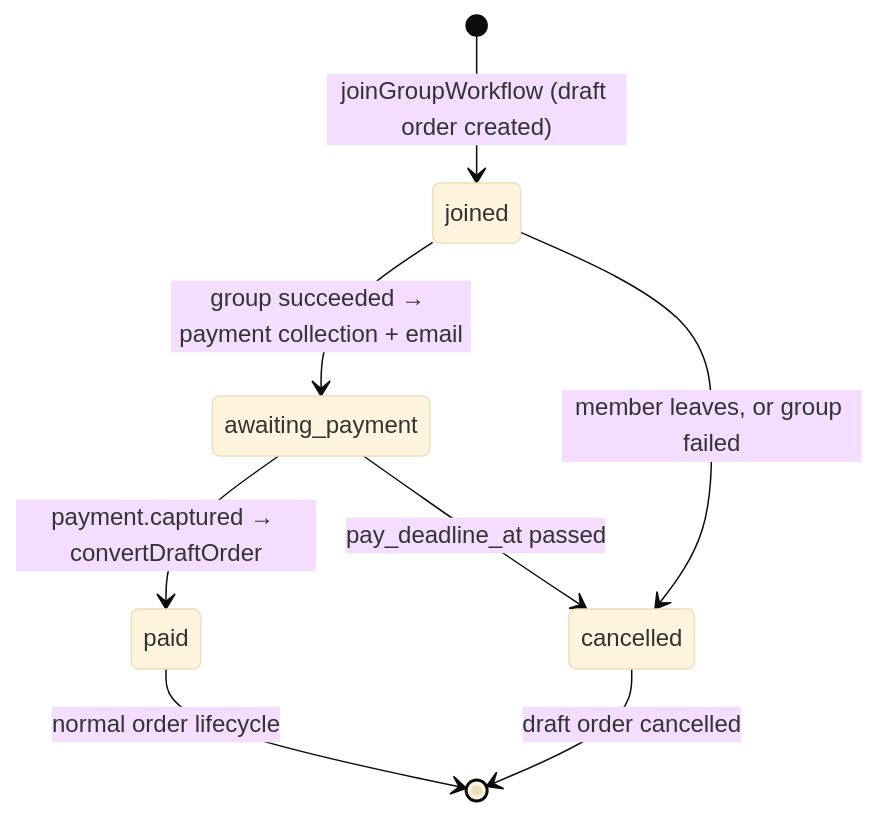
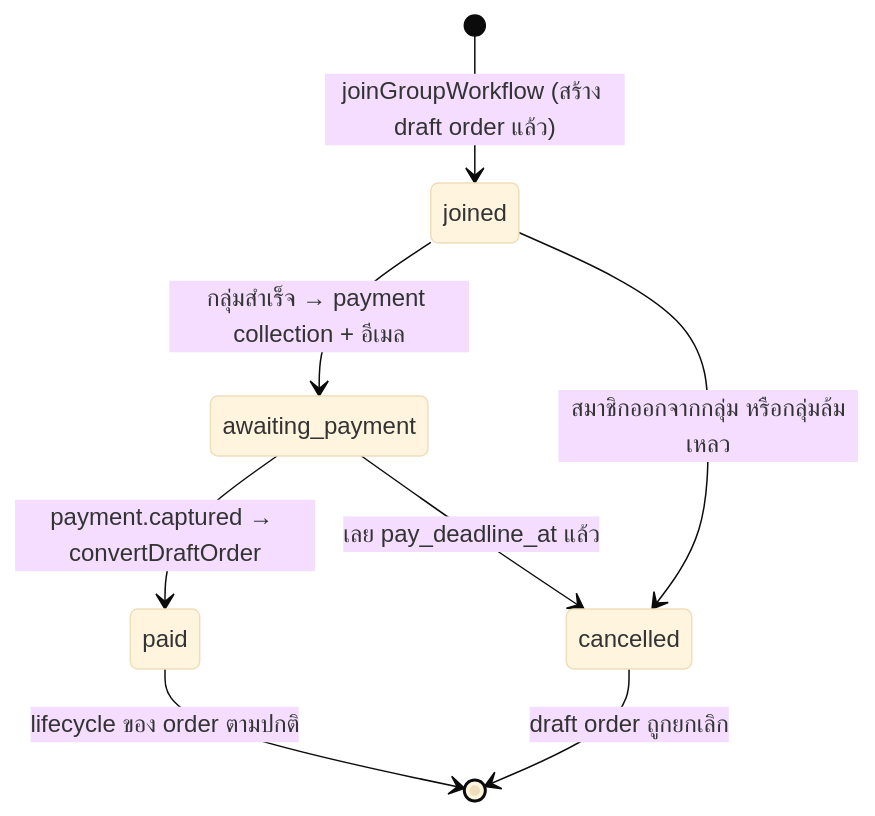
One commit to techpowerdev/medusa-ecom changed the third of 7 diagrams in docs/design/state-machines.md. Above: the diagram before and after it, drawn with Mermaid (base theme). The commit also changed other lines of this file and 25 other files, not shown here.

````diff
--- a/docs/design/state-machines.md
+++ b/docs/design/state-machines.md
@@ -34,10 +34,10 @@
 ```mermaid
 stateDiagram-v2
-  [*] --> joined : joinGroupWorkflow (draft order created)
-  joined --> awaiting_payment : group succeeded → payment collection + email
-  joined --> cancelled : member leaves, or group failed
+  [*] --> joined : joinGroupWorkflow (สร้าง draft order แล้ว)
+  joined --> awaiting_payment : กลุ่มสำเร็จ → payment collection + อีเมล
+  joined --> cancelled : สมาชิกออกจากกลุ่ม หรือกลุ่มล้มเหลว
   awaiting_payment --> paid : payment.captured → convertDraftOrder
-  awaiting_payment --> cancelled : pay_deadline_at passed
-  paid --> [*] : normal order lifecycle
-  cancelled --> [*] : draft order cancelled
+  awaiting_payment --> cancelled : เลย pay_deadline_at แล้ว
+  paid --> [*] : lifecycle ของ order ตามปกติ
+  cancelled --> [*] : draft order ถูกยกเลิก
 ```
````
